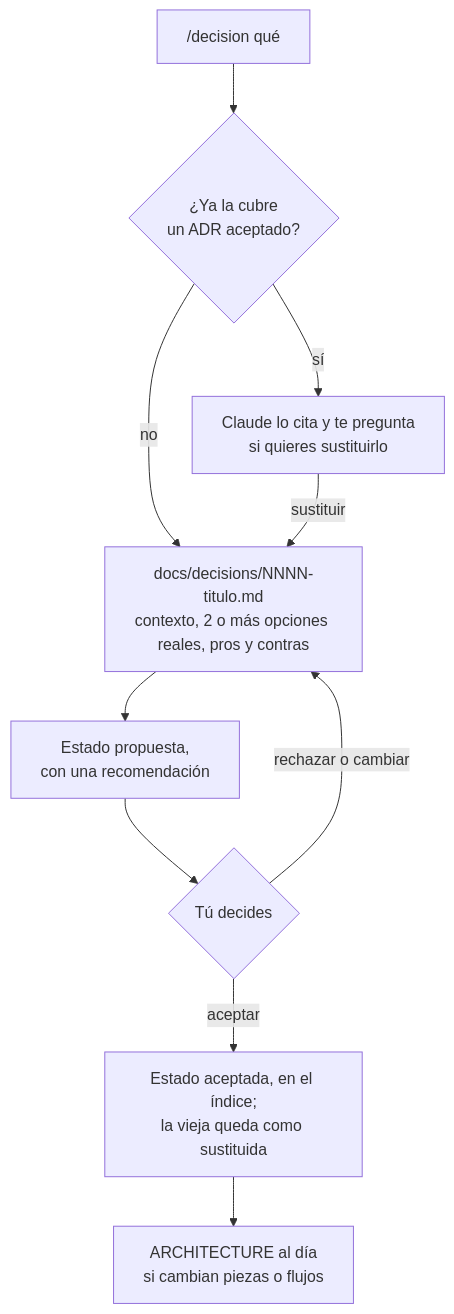
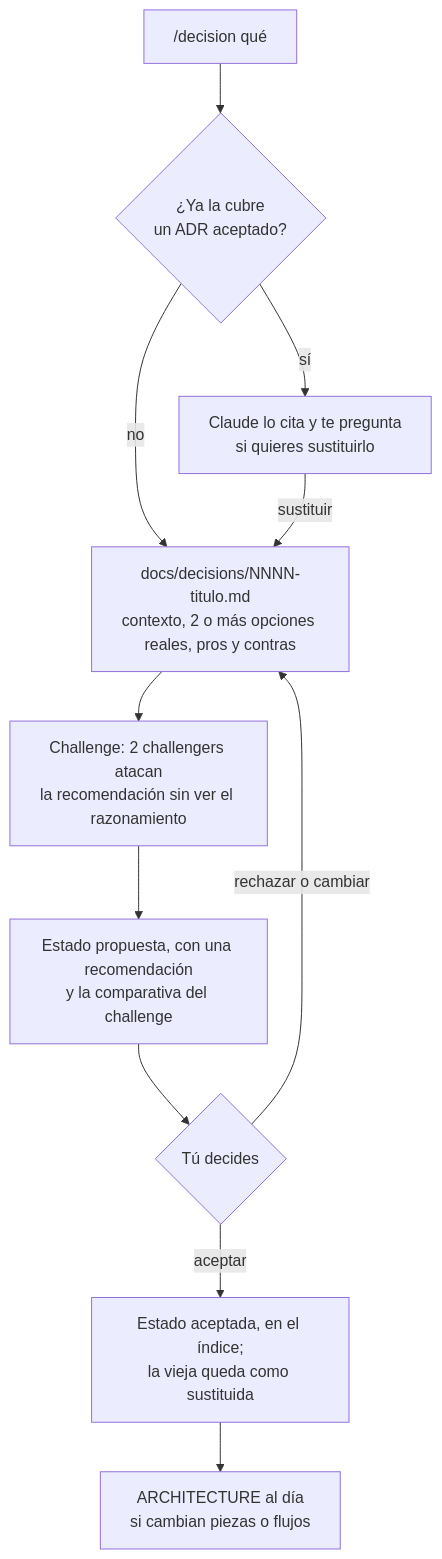
One commit to serbenda/project-template changed the seventh of 13 diagrams in README.es.md. Above: the diagram before and after it, drawn with Mermaid. The commit also changed other lines of this file and 10 other files, not shown here.

````diff
--- a/README.es.md
+++ b/README.es.md
@@ -177,12 +178,13 @@
 ```mermaid
 flowchart TD
     A["/decision qué"] --> B{"¿Ya la cubre<br/>un ADR aceptado?"}
     B -->|"sí"| C["Claude lo cita y te pregunta<br/>si quieres sustituirlo"]
     B -->|"no"| D["docs/decisions/NNNN-titulo.md<br/>contexto, 2 o más opciones reales, pros y contras"]
     C -->|"sustituir"| D
-    D --> E["Estado propuesta,<br/>con una recomendación"]
+    D --> CH["Challenge: 2 challengers atacan<br/>la recomendación sin ver el razonamiento"]
+    CH --> E["Estado propuesta, con una recomendación<br/>y la comparativa del challenge"]
     E --> F{"Tú decides"}
     F -->|"aceptar"| G["Estado aceptada, en el índice;<br/>la vieja queda como sustituida"]
     F -->|"rechazar o cambiar"| D
     G --> H["ARCHITECTURE al día<br/>si cambian piezas o flujos"]
 ```
````
